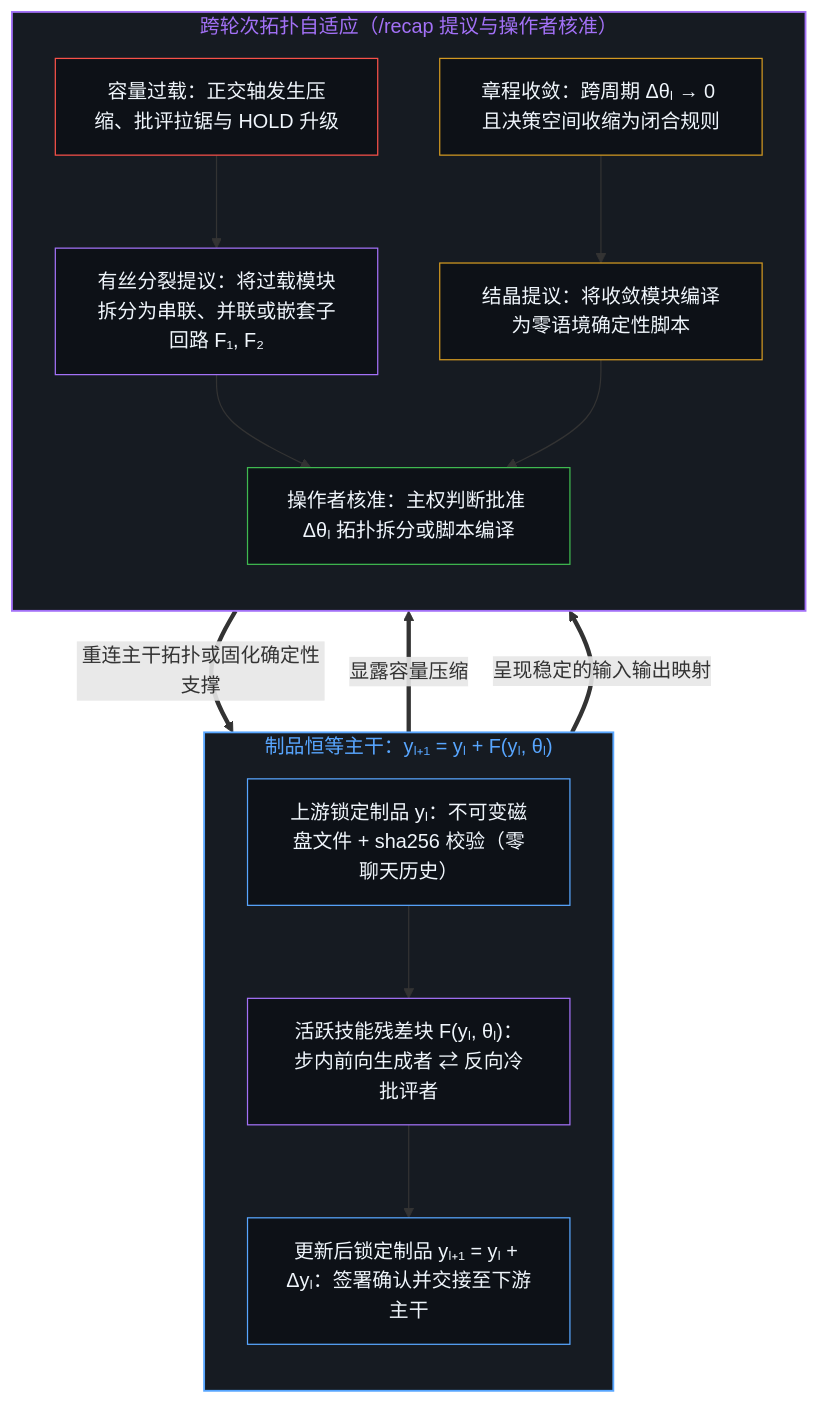
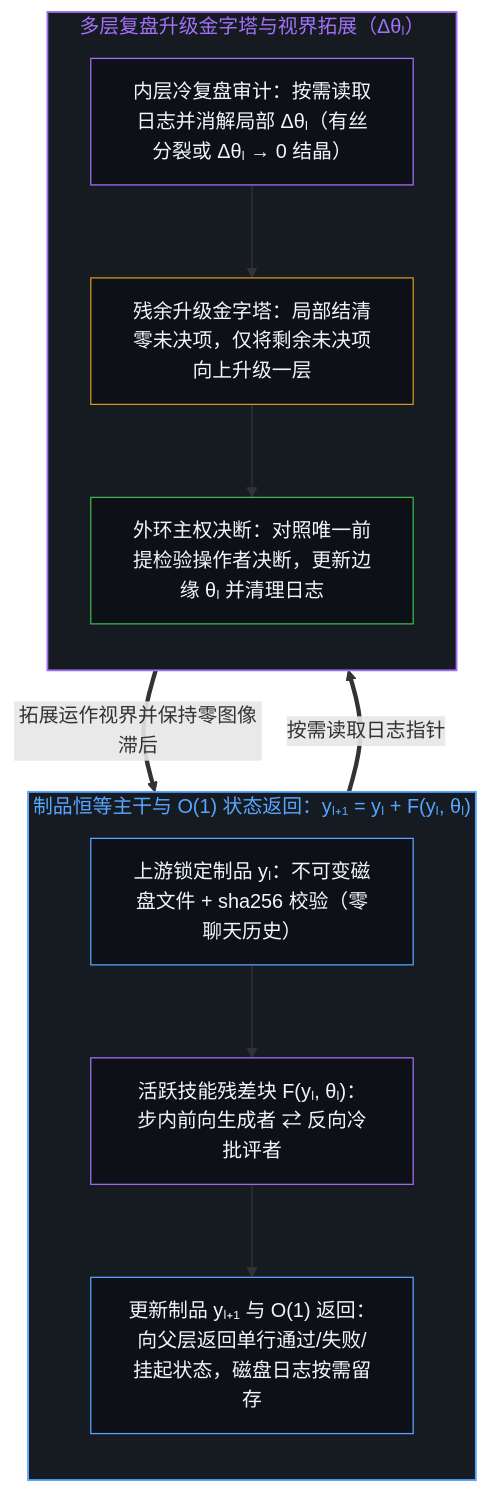
The third of 4 diagrams in content/posts/dynamic-resnet-of-skill-loops.md (powerpig99/not-a-toe), drawn with Mermaid before and after one commit. The commit also changed other lines of this file and 13 other files, not shown here.

````diff
--- a/content/posts/dynamic-resnet-of-skill-loops.md
+++ b/content/posts/dynamic-resnet-of-skill-loops.md
@@ -115,33 +115,27 @@
 ```mermaid
 flowchart TD
-    subgraph S_Highway["制品恒等主干：yₗ₊₁ = yₗ + F(yₗ, θₗ)"]
+    subgraph S_Highway["制品恒等主干与 O(1) 状态返回：yₗ₊₁ = yₗ + F(yₗ, θₗ)"]
         direction TB
         H_In["上游锁定制品 yₗ：不可变磁盘文件 + sha256 校验（零聊天历史）"]
         H_Block["活跃技能残差块 F(yₗ, θₗ)：步内前向生成者 ⇄ 反向冷批评者"]
-        H_Out["更新后锁定制品 yₗ₊₁ = yₗ + Δyₗ：签署确认并交接至下游主干"]
+        H_Out["更新制品 yₗ₊₁ 与 O(1) 返回：向父层返回单行通过/失败/挂起状态，磁盘日志按需留存"]
         H_In --> H_Block --> H_Out
     end
-    subgraph S_Dynamic["跨轮次拓扑自适应（/recap 提议与操作者核准）"]
+    subgraph S_Dynamic["多层复盘升级金字塔与视界拓展（Δθₗ）"]
         direction TB
-        D_Load["容量过载：正交轴发生压缩、批评拉锯与 HOLD 升级"]
-        D_Mitosis["有丝分裂提议：将过载模块拆分为串联、并联或嵌套子回路 F₁, F₂"]
-        D_Conv["章程收敛：跨周期 Δθₗ → 0 且决策空间收缩为闭合规则"]
-        D_Crystal["结晶提议：将收敛模块编译为零语境确定性脚本"]
-        D_Ratify["操作者核准：主权判断批准 Δθₗ 拓扑拆分或脚本编译"]
-        D_Load --> D_Mitosis --> D_Ratify
-        D_Conv --> D_Crystal --> D_Ratify
+        D_Local["内层冷复盘审计：按需读取日志并消解局部 Δθₗ（有丝分裂或 Δθₗ → 0 结晶）"]
+        D_Esc["残余升级金字塔：局部结清零未决项，仅将剩余未决项向上升级一层"]
+        D_Ratify["外环主权决断：对照唯一前提检验操作者决断，更新边缘 θₗ 并清理日志"]
+        D_Local --> D_Esc --> D_Ratify
     end
-    H_Block ==>|"显露容量压缩"| D_Load
-    H_Block ==>|"呈现稳定的输入输出映射"| D_Conv
-    D_Ratify ==>|"重连主干拓扑或固化确定性支撑"| H_In
+    H_Out ==>|"按需读取日志指针"| D_Local
+    D_Ratify ==>|"拓展运作视界并保持零图像滞后"| H_In
     style S_Highway fill:#161b22,stroke:#58a6ff,stroke-width:1.5px,color:#58a6ff
     style S_Dynamic fill:#161b22,stroke:#a371f7,stroke-width:1.5px,color:#a371f7
     style H_In fill:#0d1117,stroke:#58a6ff,stroke-width:1px,color:#f0f6fc
     style H_Block fill:#0d1117,stroke:#a371f7,stroke-width:1px,color:#f0f6fc
     style H_Out fill:#0d1117,stroke:#58a6ff,stroke-width:1px,color:#f0f6fc
-    style D_Load fill:#0d1117,stroke:#f85149,stroke-width:1px,color:#f0f6fc
-    style D_Mitosis fill:#0d1117,stroke:#a371f7,stroke-width:1px,color:#f0f6fc
-    style D_Conv fill:#0d1117,stroke:#d29922,stroke-width:1px,color:#f0f6fc
-    style D_Crystal fill:#0d1117,stroke:#d29922,stroke-width:1px,color:#f0f6fc
+    style D_Local fill:#0d1117,stroke:#a371f7,stroke-width:1px,color:#f0f6fc
+    style D_Esc fill:#0d1117,stroke:#d29922,stroke-width:1px,color:#f0f6fc
     style D_Ratify fill:#0d1117,stroke:#3fb950,stroke-width:1px,color:#f0f6fc
 ```
````
